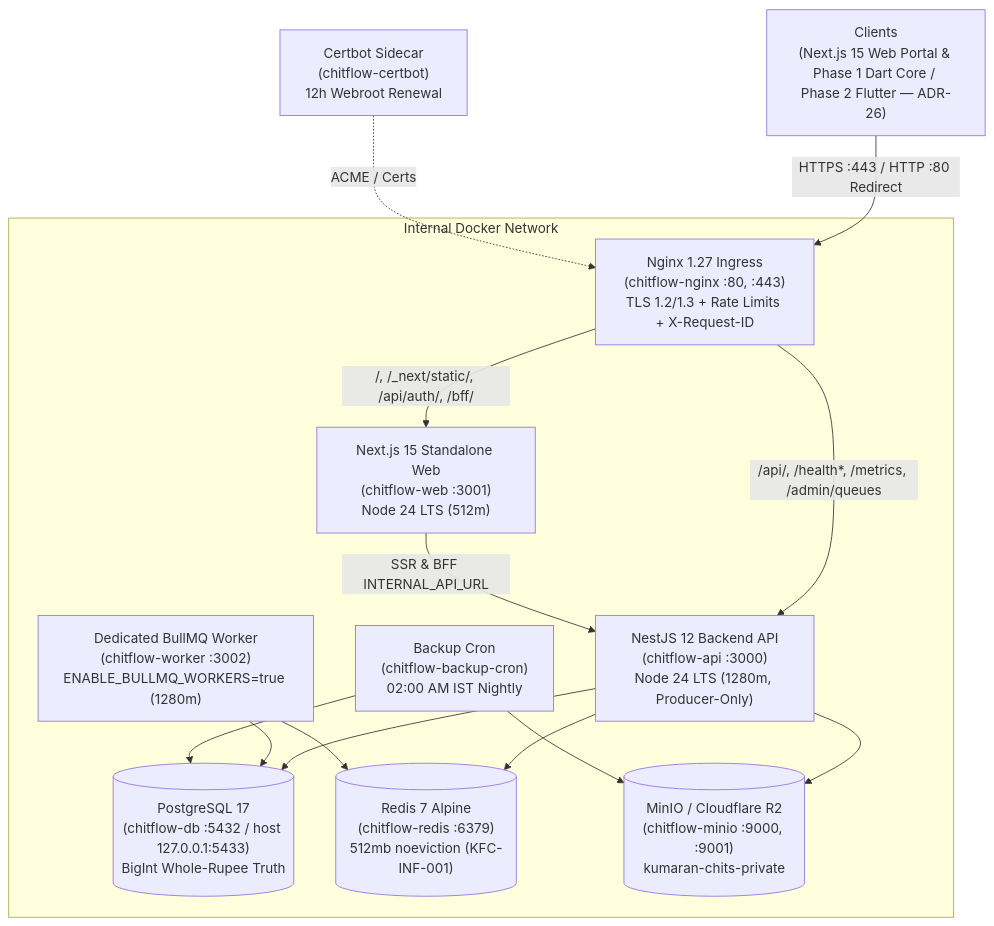
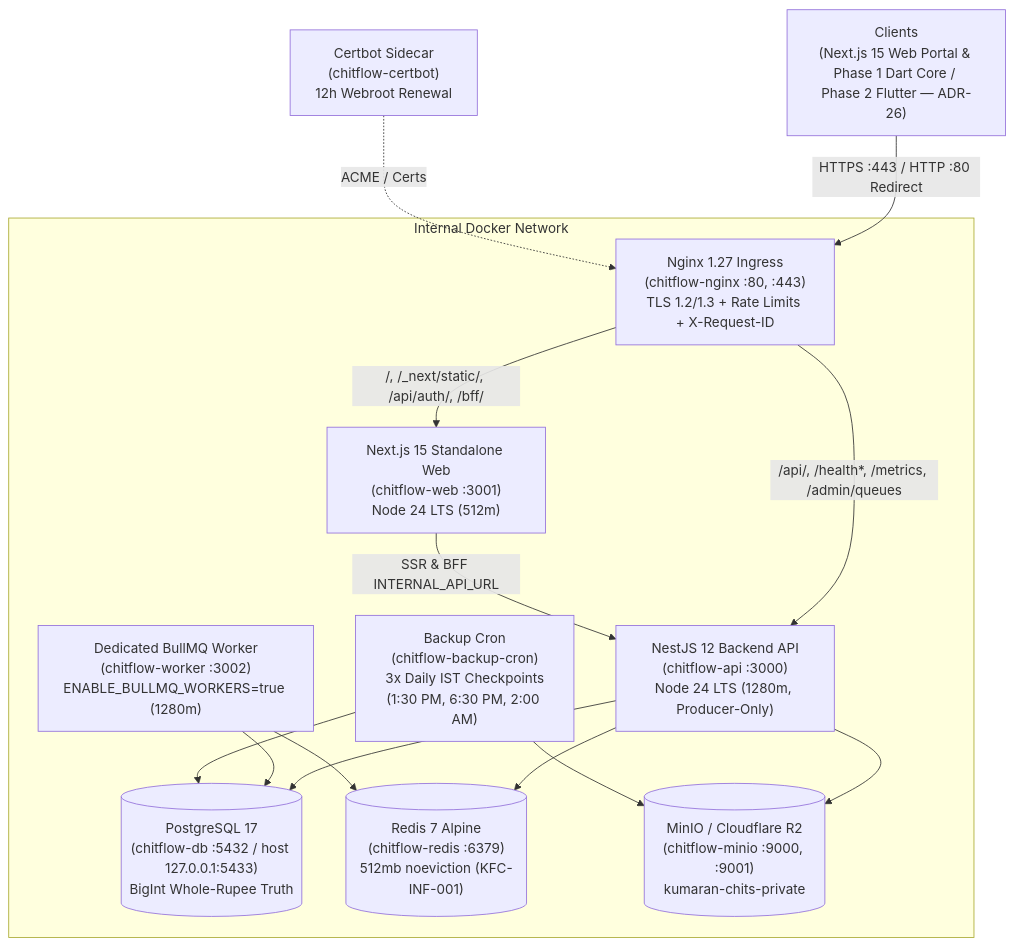
Before and after one commit to Kathir-24/Kumaran-finance: the diagram in docs/07-operations/PRODUCTION-DEPLOYMENT-GUIDE.md, drawn with Mermaid. The commit also changed other lines of this file and 2 other files, not shown here.

Commit message:
docs(ops): document 3-checkpoint intra-day backup schedule in production guide

````diff
--- a/docs/07-operations/PRODUCTION-DEPLOYMENT-GUIDE.md
+++ b/docs/07-operations/PRODUCTION-DEPLOYMENT-GUIDE.md
@@ -15,19 +15,19 @@
 ```mermaid
 flowchart TD
     Client["Clients\n(Next.js 15 Web Portal & Phase 1 Dart Core / Phase 2 Flutter — ADR-26)"] -->|HTTPS :443 / HTTP :80 Redirect| Nginx["Nginx 1.27 Ingress\n(chitflow-nginx :80, :443)\nTLS 1.2/1.3 + Rate Limits + X-Request-ID"]
     Certbot["Certbot Sidecar\n(chitflow-certbot)\n12h Webroot Renewal"] -.->|ACME / Certs| Nginx
 
     subgraph Internal Docker Network
         Nginx -->|"/, /_next/static/, /api/auth/, /bff/"| Web["Next.js 15 Standalone Web\n(chitflow-web :3001)\nNode 24 LTS (512m)"]
         Nginx -->|"/api/, /health*, /metrics, /admin/queues"| API["NestJS 12 Backend API\n(chitflow-api :3000)\nNode 24 LTS (1280m, Producer-Only)"]
         Web -->|"SSR & BFF INTERNAL_API_URL"| API
         Worker["Dedicated BullMQ Worker\n(chitflow-worker :3002)\nENABLE_BULLMQ_WORKERS=true (1280m)"]
         API --> DB[("PostgreSQL 17\n(chitflow-db :5432 / host 127.0.0.1:5433)\nBigInt Whole-Rupee Truth")]
         Worker --> DB
         API --> Redis[("Redis 7 Alpine\n(chitflow-redis :6379)\n512mb noeviction (KFC-INF-001)")]
         Worker --> Redis
         API --> S3[("MinIO / Cloudflare R2\n(chitflow-minio :9000, :9001)\nkumaran-chits-private")]
-        BackupCron["Backup Cron\n(chitflow-backup-cron)\n02:00 AM IST Nightly"] --> DB
+        BackupCron["Backup Cron\n(chitflow-backup-cron)\n3x Daily IST Checkpoints\n(1:30 PM, 6:30 PM, 2:00 AM)"] --> DB
         BackupCron --> S3
     end
 ```
````
